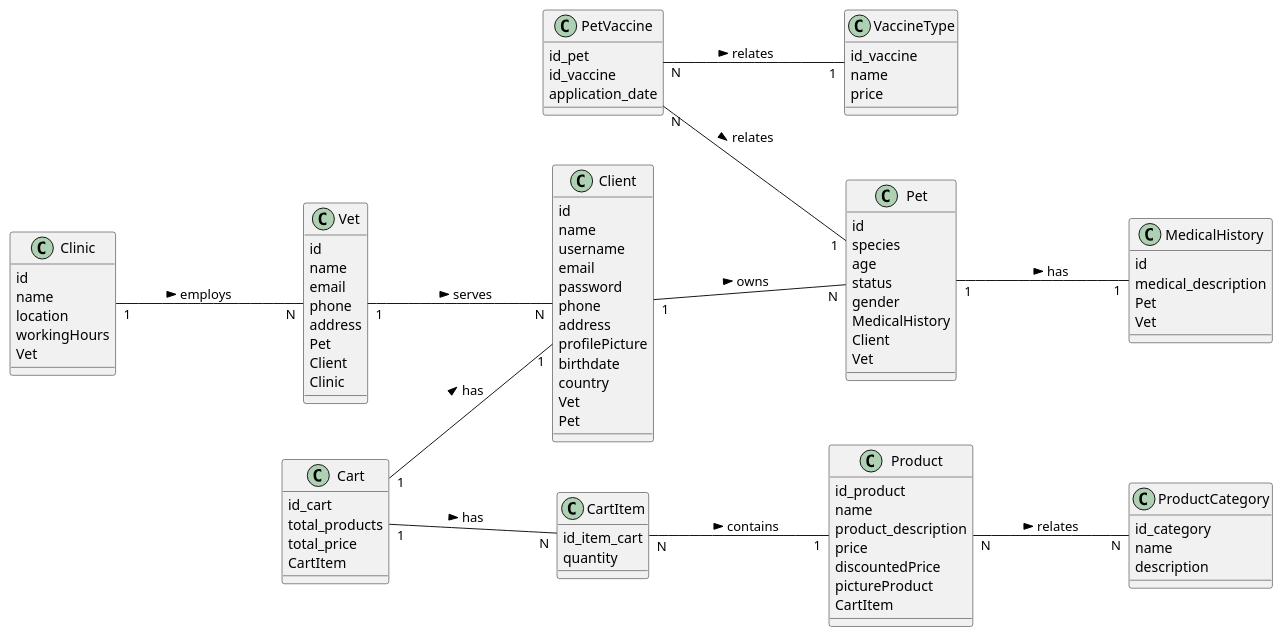
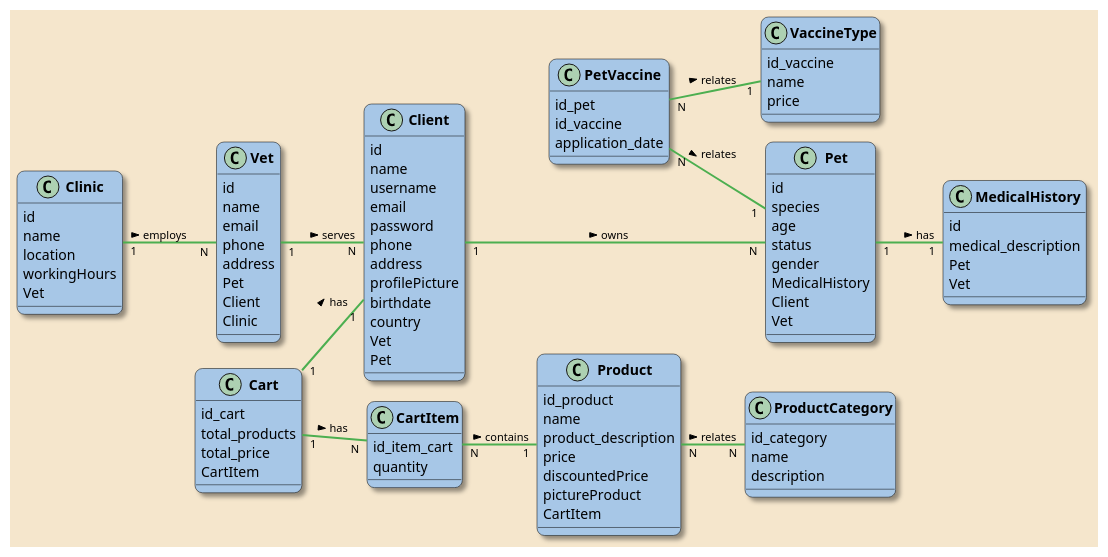
The diagram in VetAndGo/src/public/diagram.puml (Vet-and-Go/tienda-back), drawn with PlantUML before and after one commit.

Commit message:
Added Styles to UML

```diff
--- a/VetAndGo/src/public/diagram.puml
+++ b/VetAndGo/src/public/diagram.puml
@@ -1,120 +1,136 @@
 @startuml
-'direccion of the diagram
+'Direccion of the diagram'
 left to right direction
-'distance between elements
-skinparam nodesep 50
-skinparam ranksep 100
+'Used style'
+skinparam backgroundColor #F5E6CC
+'Classes'
+skinparam classBackgroundColor #A7C7E7
+skinparam classBorderColor #000000
+skinparam shadowing true
+skinparam roundcorner 15
+'Titles'
+skinparam classFontColor #000000
+skinparam classFontStyle bold
+'Relationships'
+skinparam classArrowColor #4CAF50
+skinparam classArrowThickness 2
+skinparam classArrowFontColor black
+skinparam classArrowFontSize 11
+skinparam nodesep 20
+skinparam ranksep 5
 
 
-' Entities
-class Client {
+
+
+' Entities'
+class Client{
     id
     name
     username
     email
     password
     phone
     address
     profilePicture
     birthdate
     country
     Vet
     Pet
 
 }
 
 class Pet {
     id
     species
     age
     status
     gender
     MedicalHistory
     Client
     Vet
 }
 
 class MedicalHistory{
     id
     medical_description
     Pet
     Vet
 }
 
 class Vet {
     id
     name
     email
     phone
     address
     Pet
     Client
     Clinic
 }
 
 class VaccineType{
     id_vaccine
     name
     price
 }
 
 class PetVaccine{
     id_pet
     id_vaccine
     application_date
 }
 
 class Clinic {
     id
     name
     location
     workingHours
     Vet
 }
 
 class Cart{
     id_cart
     total_products
     total_price
     CartItem
 }
 
 class CartItem{
     id_item_cart
     quantity
 }
 
 class Product{
     id_product
     name
     product_description
     price
     discountedPrice
     pictureProduct
     CartItem
 }
 
 class ProductCategory{
     id_category
     name
     description
 }
 
 
-' Relationships
-Client "1" -- "N" Pet : owns >
+'Relationships'
+Client "1" --- "N" Pet : owns >
 Pet "1" -- "1" MedicalHistory : has >
 Vet "1" -- "N" Client : serves >
 Clinic "1" -- "N" Vet : employs >
 Cart "1" -- "N" CartItem : has >
 CartItem "N" -- "1" Product : contains >
 PetVaccine "N" -- "1" Pet : relates >
 PetVaccine "N" -- "1" VaccineType : relates >
 Cart "1" -- "1" Client : has >
 Product "N" -- "N" ProductCategory : relates >
 
 
 
 
 
 @enduml
```
